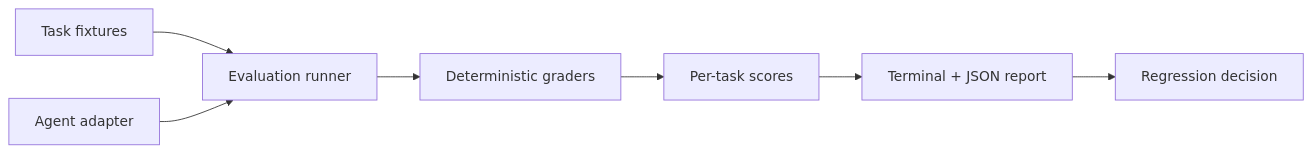
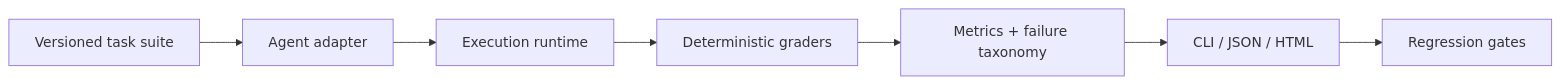
Before and after one commit to alimokhtari-ai/agent-eval-lab: the diagram in README.md, drawn with Mermaid. The commit also changed other lines of this file and 11 other files, not shown here.

````diff
--- a/README.md
+++ b/README.md
@@ -23,9 +39,9 @@
 ```mermaid
 flowchart LR
-  T[Task fixtures] --> R[Evaluation runner]
-  A[Agent adapter] --> R
+  D[Versioned task suite] --> A[Agent adapter]
+  A --> R[Execution runtime]
   R --> G[Deterministic graders]
-  G --> S[Per-task scores]
-  S --> P[Terminal + JSON report]
-  P --> D[Regression decision]
+  G --> M[Metrics + failure taxonomy]
+  M --> O[CLI / JSON / HTML]
+  O --> C[Regression gates]
 ```
````
